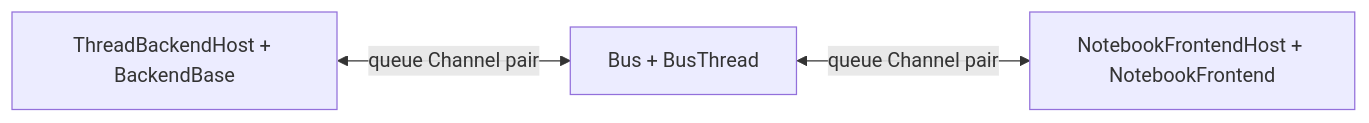
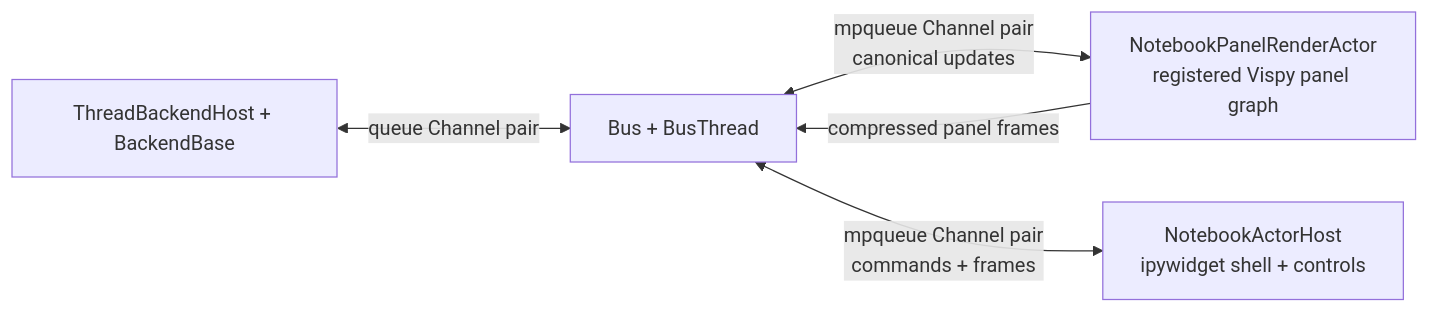
Before and after one commit to orrenravid1/CompNeuroVis: the sixth of 9 diagrams in architecture/design/host-channel-bus-transport.md, drawn with Mermaid. The commit also changed other lines of this file and 29 other files, not shown here.

Commit message:
Notebook now logically at parity with the rest of the CompNeuroVis rendering path. Perf is ok, but rendering frames still needs work

````diff
--- a/architecture/design/host-channel-bus-transport.md
+++ b/architecture/design/host-channel-bus-transport.md
@@ -227,9 +227,12 @@
 ```mermaid
 flowchart LR
     BackendThread["ThreadBackendHost + BackendBase"]
     Bus["Bus + BusThread"]
-    Notebook["NotebookFrontendHost + NotebookFrontend"]
+    Renderer["NotebookPanelRenderActor<br/>registered Vispy panel graph"]
+    Notebook["NotebookActorHost<br/>ipywidget shell + controls"]
 
     BackendThread <-- "queue Channel pair" --> Bus
-    Bus <-- "queue Channel pair" --> Notebook
+    Bus <-- "mpqueue Channel pair<br/>canonical updates" --> Renderer
+    Renderer -->|"compressed panel frames"| Bus
+    Bus <-- "mpqueue Channel pair<br/>commands + frames" --> Notebook
 ```
````
